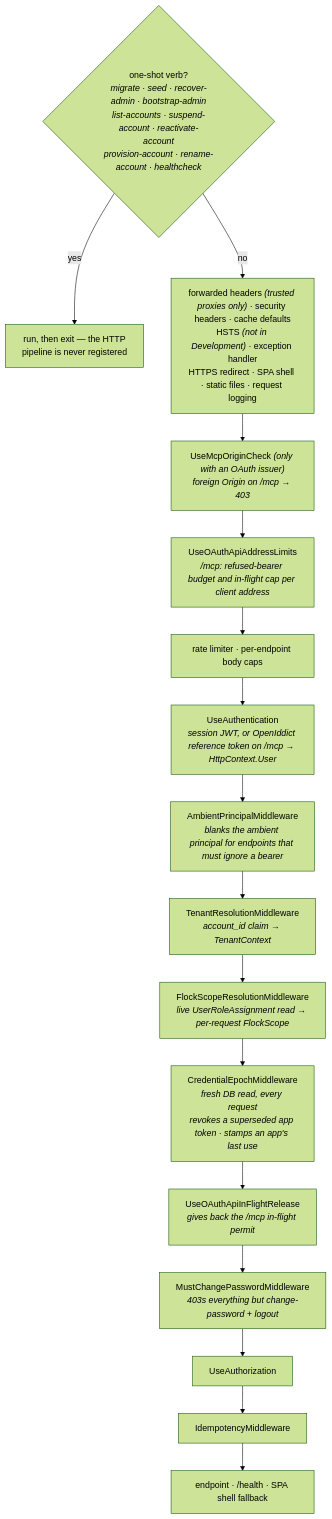
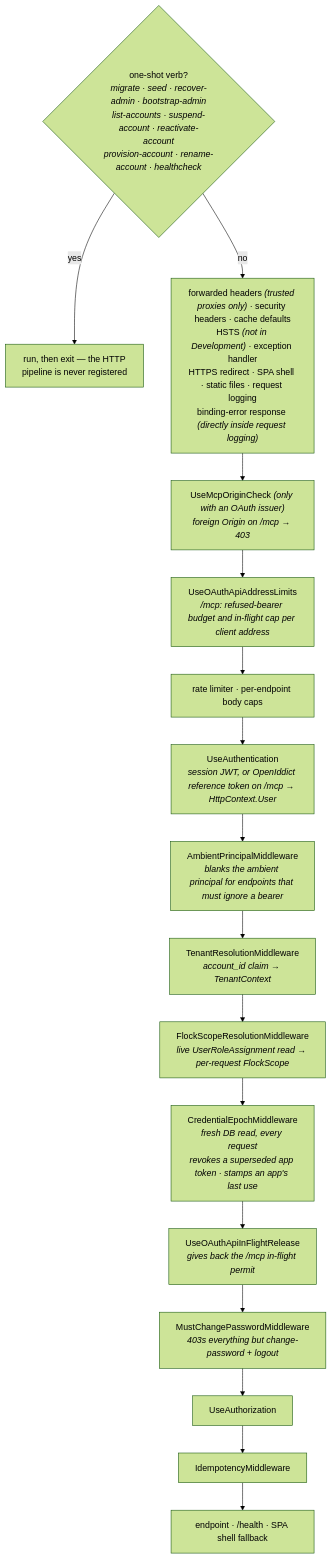
One commit to mforce/cluckwork changed the fourth of 7 diagrams in docs/architecture.md. Above: the diagram before and after it, drawn with Mermaid (forest theme). The commit also changed other lines of this file, not shown here.

First line of the commit message:
docs: correct three pipeline placement claims in architecture.md

````diff
--- a/docs/architecture.md
+++ b/docs/architecture.md
@@ -125,21 +125,21 @@
 ```mermaid
 flowchart TD
     CLI{"one-shot verb?<br/><i>migrate · seed · recover-admin · bootstrap-admin<br/>list-accounts · suspend-account · reactivate-account<br/>provision-account · rename-account · healthcheck</i>"}
     CLI -->|yes| EXIT["run, then exit — the HTTP<br/>pipeline is never registered"]
     CLI -->|no| EDGE
 
-    EDGE["forwarded headers <i>(trusted proxies only)</i> · security headers · cache defaults<br/>HSTS <i>(not in Development)</i> · exception handler<br/>HTTPS redirect · SPA shell · static files · request logging"]
+    EDGE["forwarded headers <i>(trusted proxies only)</i> · security headers · cache defaults<br/>HSTS <i>(not in Development)</i> · exception handler<br/>HTTPS redirect · SPA shell · static files · request logging<br/>binding-error response <i>(directly inside request logging)</i>"]
     EDGE --> ORIGIN["UseMcpOriginCheck <i>(only with an OAuth issuer)</i><br/><i>foreign Origin on /mcp → 403</i>"]
     ORIGIN --> ADDRESS["UseOAuthApiAddressLimits<br/><i>/mcp: refused-bearer budget and in-flight cap per client address</i>"]
     ADDRESS --> LIMITS["rate limiter · per-endpoint body caps"]
     LIMITS --> AUTHN["UseAuthentication<br/><i>session JWT, or OpenIddict reference token on /mcp → HttpContext.User</i>"]
     AUTHN --> AMBIENT["AmbientPrincipalMiddleware<br/><i>blanks the ambient principal for endpoints that must ignore a bearer</i>"]
     AMBIENT --> TENANT["TenantResolutionMiddleware<br/><i>account_id claim → TenantContext</i>"]
     TENANT --> FLOCKSCOPE["FlockScopeResolutionMiddleware<br/><i>live UserRoleAssignment read → per-request FlockScope</i>"]
     FLOCKSCOPE --> EPOCH["CredentialEpochMiddleware<br/><i>fresh DB read, every request<br/>revokes a superseded app token · stamps an app's last use</i>"]
     EPOCH --> RELEASE["UseOAuthApiInFlightRelease<br/><i>gives back the /mcp in-flight permit</i>"]
     RELEASE --> MUSTCHANGE["MustChangePasswordMiddleware<br/><i>403s everything but change-password + logout</i>"]
     MUSTCHANGE --> AUTHZ["UseAuthorization"]
     AUTHZ --> IDEM["IdempotencyMiddleware"]
     IDEM --> ENDPOINT["endpoint · /health · SPA shell fallback"]
 ```
````
